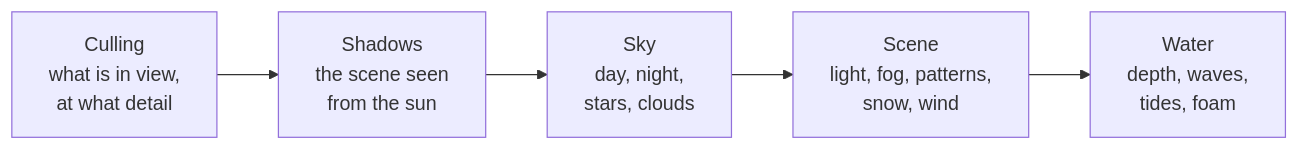
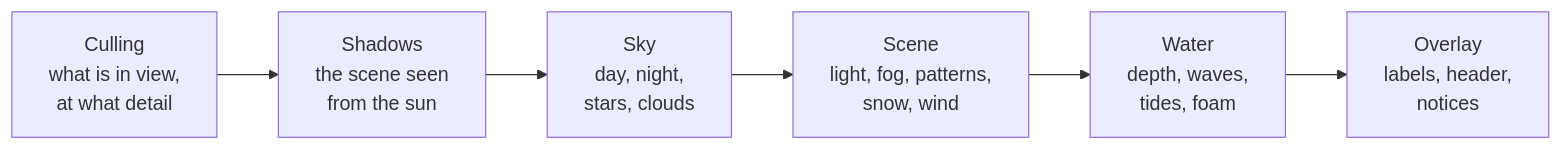
One commit to akrck02/go-renderer changed the diagram in docs/architecture.md. Above: the diagram before and after it, drawn with Mermaid. The commit also changed other lines of this file and 46 other files, not shown here.

````diff
--- a/docs/architecture.md
+++ b/docs/architecture.md
@@ -81,4 +99,4 @@
 ```mermaid
 flowchart LR
-    A[Culling<br/>what is in view,<br/>at what detail] --> B[Shadows<br/>the scene seen<br/>from the sun] --> C[Sky<br/>day, night,<br/>stars, clouds] --> D[Scene<br/>light, fog, patterns,<br/>snow, wind] --> E[Water<br/>depth, waves,<br/>tides, foam]
+    A[Culling<br/>what is in view,<br/>at what detail] --> B[Shadows<br/>the scene seen<br/>from the sun] --> C[Sky<br/>day, night,<br/>stars, clouds] --> D[Scene<br/>light, fog, patterns,<br/>snow, wind] --> E[Water<br/>depth, waves,<br/>tides, foam] --> F[Overlay<br/>labels, header,<br/>notices]
 ```
````
